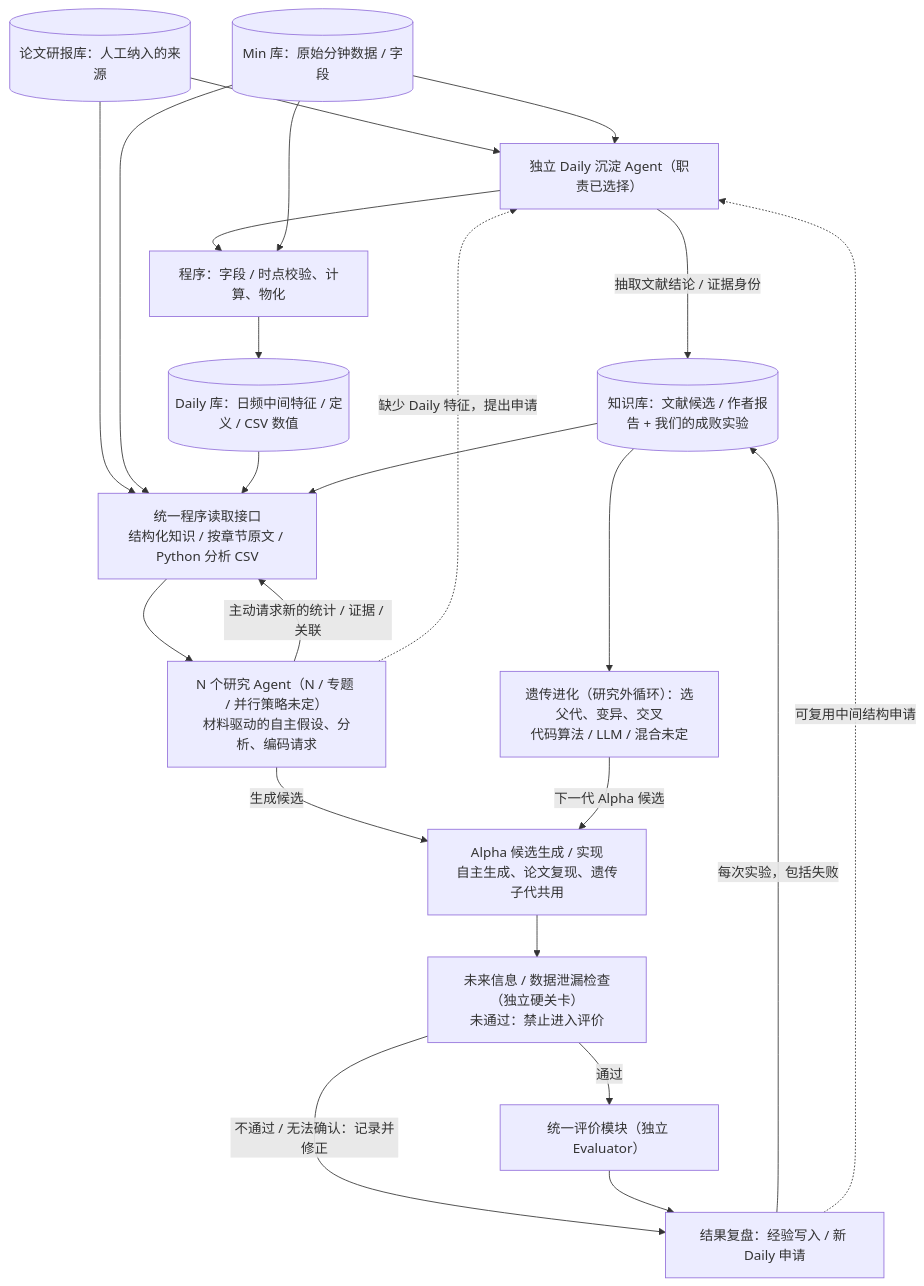
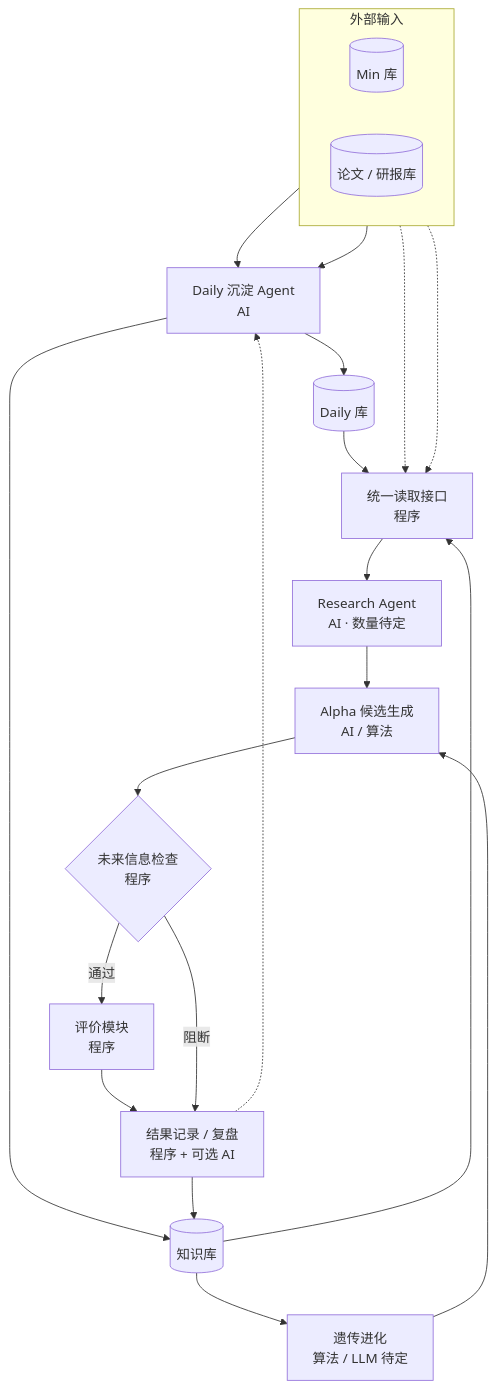
Before and after one commit to epshoron/JXwork: the diagram in architecture/research_loop_inputs_draft/README.md, drawn with Mermaid. The commit also changed other lines of this file, not shown here.

Commit message:
docs(research): shorten Mermaid node labels and connectors for readable GitHub diagram

````diff
--- a/architecture/research_loop_inputs_draft/README.md
+++ b/architecture/research_loop_inputs_draft/README.md
@@ -7,40 +7,38 @@
 ```mermaid
 flowchart TB
-    M[("Min 库：原始分钟数据 / 字段")]
-    P[("论文研报库：人工纳入的来源")]
-    D[("Daily 库：日频中间特征 / 定义 / CSV 数值")]
-    K[("知识库：文献候选 / 作者报告 + 我们的成败实验")]
-    CA["独立 Daily 沉淀 Agent（职责已选择）"]
-    EX["程序：字段 / 时点校验、计算、物化"]
-    CTX["统一程序读取接口<br/>结构化知识 / 按章节原文 / Python 分析 CSV"]
-    RA["N 个研究 Agent（N / 专题 / 并行策略未定）<br/>材料驱动的自主假设、分析、编码请求"]
-    F["Alpha 候选生成 / 实现<br/>自主生成、论文复现、遗传子代共用"]
-    L["未来信息 / 数据泄漏检查（独立硬关卡）<br/>未通过：禁止进入评价"]
-    EV["统一评价模块（独立 Evaluator）"]
-    REV["结果复盘：经验写入 / 新 Daily 申请"]
-    GA["遗传进化（研究外循环）：选父代、变异、交叉<br/>代码算法 / LLM / 混合未定"]
+    subgraph SOURCE["外部输入"]
+        direction LR
+        M[("Min 库")]
+        P[("论文 / 研报库")]
+    end
 
+    CA["Daily 沉淀 Agent<br/>AI"]
+    D[("Daily 库")]
+    K[("知识库")]
+
+    UI["统一读取接口<br/>程序"]
+    RA["Research Agent<br/>AI · 数量待定"]
+    F["Alpha 候选生成<br/>AI / 算法"]
+    L{"未来信息检查<br/>程序"}
+    EV["评价模块<br/>程序"]
+    REC["结果记录 / 复盘<br/>程序 + 可选 AI"]
+    GA["遗传进化<br/>算法 / LLM 待定"]
+
+    M --> CA
     P --> CA
-    M --> CA
-    CA -- "抽取文献结论 / 证据身份" --> K
-    CA --> EX
-    M --> EX
-    EX --> D
+    CA --> D
+    CA --> K
 
-    P --> CTX
-    M --> CTX
-    D --> CTX
-    K --> CTX
-    CTX --> RA
-    RA -- "主动请求新的统计 / 证据 / 关联" --> CTX
-    RA -- "生成候选" --> F
-    F --> L
-    L -- "通过" --> EV
-    L -- "不通过 / 无法确认：记录并修正" --> REV
-    EV --> REV
-    REV -- "每次实验，包括失败" --> K
-    REV -. "可复用中间结构申请" .-> CA
-    RA -. "缺少 Daily 特征，提出申请" .-> CA
-    K --> GA
-    GA -- "下一代 Alpha 候选" --> F
+    M -.-> UI
+    P -.-> UI
+    D --> UI
+    K --> UI
+
+    UI --> RA --> F --> L
+    L -- 通过 --> EV --> REC
+    L -- 阻断 --> REC
+
+    REC --> K
+    REC -.-> CA
+    K --> GA --> F
 ```
````
